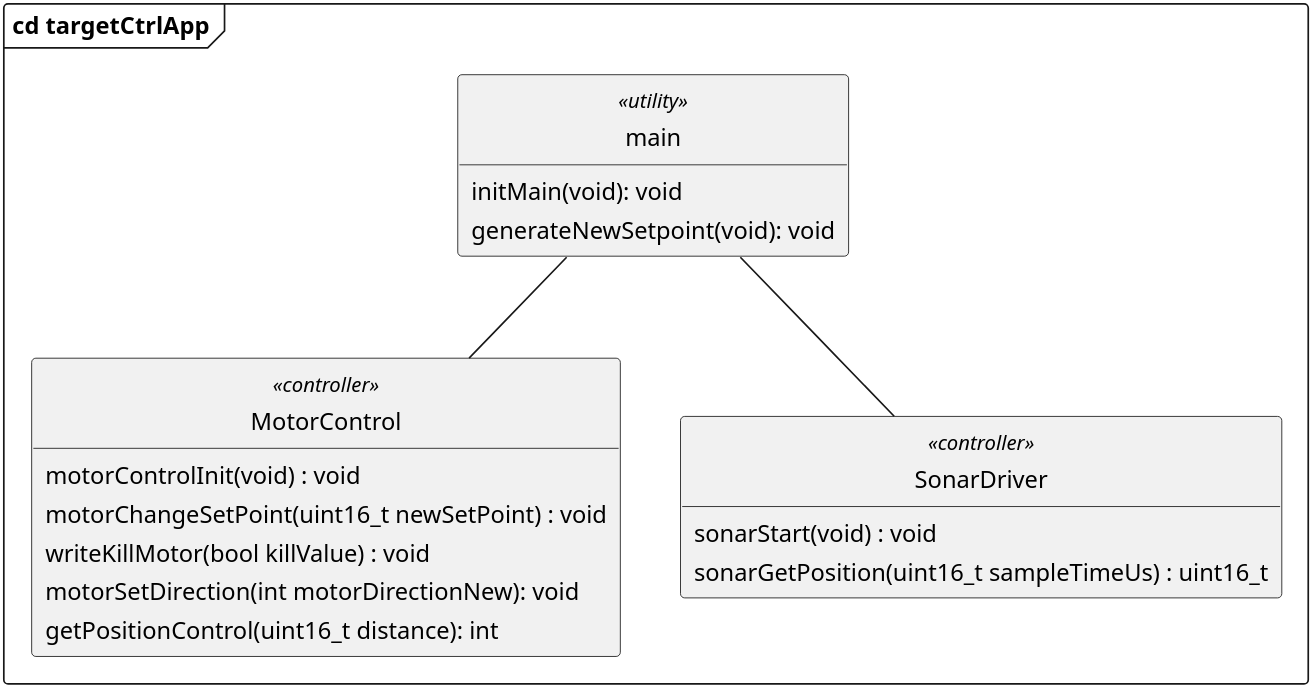
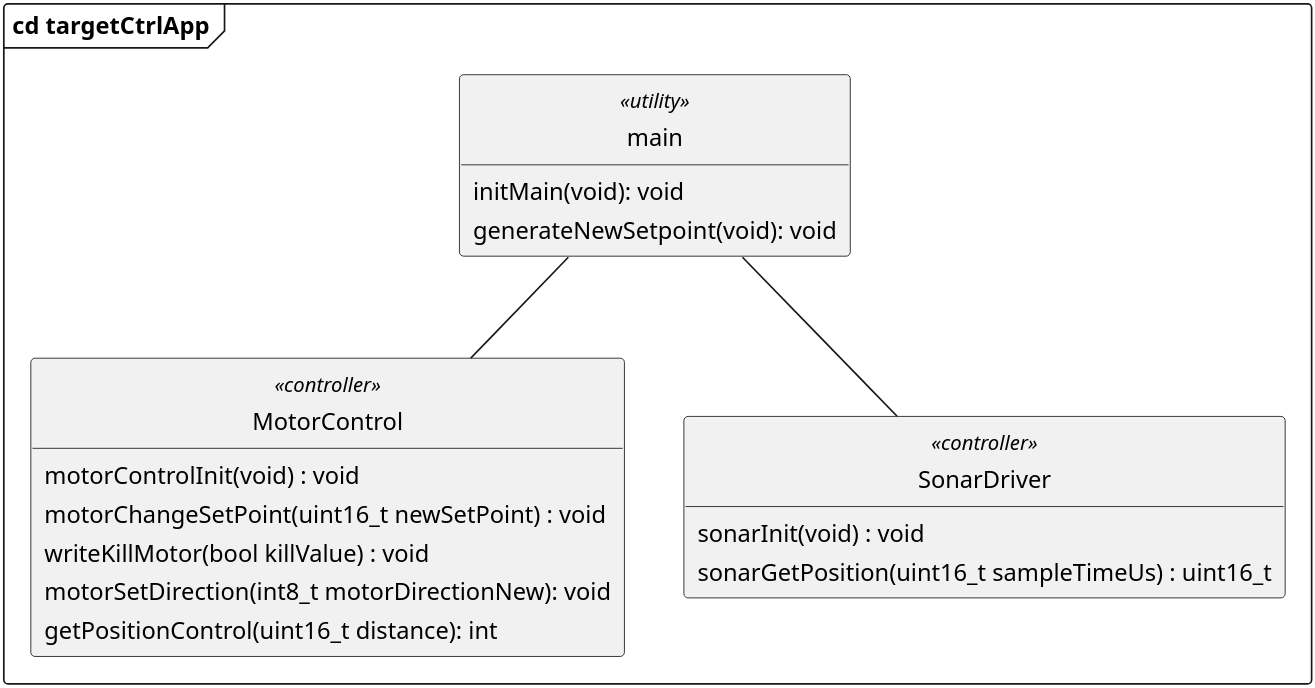
The diagram in PlantUML/src/targetCtrlApp_cd.plantuml (LasseKrarup/Laser-Tag-Project), drawn with PlantUML before and after one commit. The commit also changed 1 other file, not shown here.

Commit message:
Final targetCtrlApp architecture

```diff
--- a/PlantUML/src/targetCtrlApp_cd.plantuml
+++ b/PlantUML/src/targetCtrlApp_cd.plantuml
@@ -2,39 +2,39 @@
-@startuml practiceKitCtrlApp_cd
+@startuml targetCtrlApp_cd
 scale 1.5
 skinparam {
     monochrome true
     dpi 300
     padding 2
     packageStyle rectangle
     packageStyle frame
     shadowing false
     classAttributeIconSize 0
 }
 hide circle
 hide empty members
 
 frame "cd targetCtrlApp" {
 
     class main <<utility>> {
         initMain(void): void
         generateNewSetpoint(void): void
     }
 
     class MotorControl <<controller>> {
         motorControlInit(void) : void
         motorChangeSetPoint(uint16_t newSetPoint) : void
         writeKillMotor(bool killValue) : void
-        motorSetDirection(int motorDirectionNew): void
+        motorSetDirection(int8_t motorDirectionNew): void
         getPositionControl(uint16_t distance): int
     }
 
     class SonarDriver <<controller>> {
-        sonarStart(void) : void
+        sonarInit(void) : void
         sonarGetPosition(uint16_t sampleTimeUs) : uint16_t
     }
 }
 
 main -- MotorControl
 main -- SonarDriver
 
 @enduml
```
